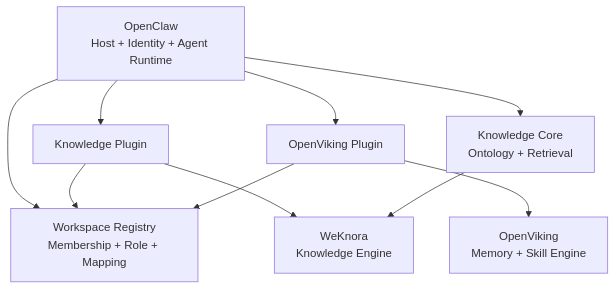
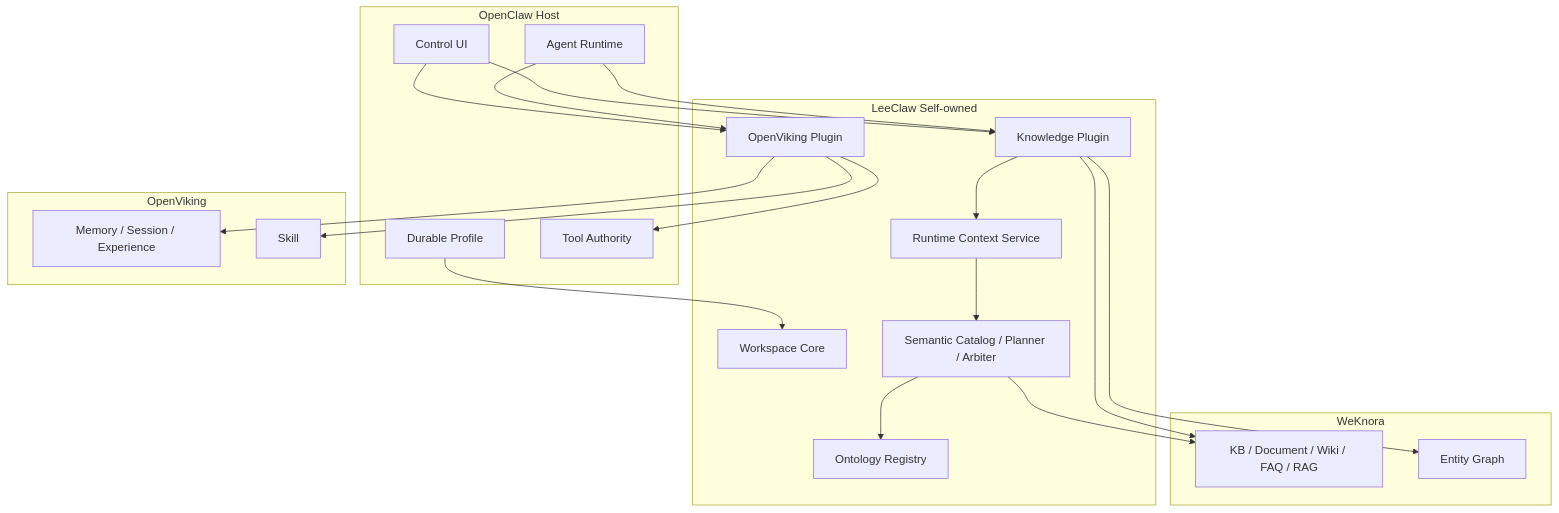
The diagram in cobra-knowledge/ARCHITECTURE.md (superbuzzy/Weknora-Semantica), drawn with Mermaid before and after one commit. The commit also changed other lines of this file and 54 other files, not shown here.

First line of the commit message:
LeeClaw v0.8 — Dynamic Skill + Knowledge Runtime

````diff
--- a/cobra-knowledge/ARCHITECTURE.md
+++ b/cobra-knowledge/ARCHITECTURE.md
@@ -14,20 +18,43 @@
 ```mermaid
 flowchart TB
-    OC[OpenClaw\nHost + Identity + Agent Runtime]
-    WR[Workspace Registry\nMembership + Role + Mapping]
-    KP[Knowledge Plugin]
-    OP[OpenViking Plugin]
-    WK[WeKnora\nKnowledge Engine]
-    OV[OpenViking\nMemory + Skill Engine]
-    KC[Knowledge Core\nOntology + Retrieval]
+    subgraph HOST[OpenClaw Host]
+      ID[Durable Profile]
+      AG[Agent Runtime]
+      AUTH[Tool Authority]
+      UI[Control UI]
+    end
 
-    OC --> WR
-    OC --> KP
-    OC --> OP
-    KP --> WR
-    OP --> WR
-    KP --> WK
-    OP --> OV
-    OC --> KC
-    KC --> WK
+    subgraph LEE[LeeClaw Self-owned]
+      WS[Workspace Core]
+      KPL[Knowledge Plugin]
+      OPL[OpenViking Plugin]
+      RC[Runtime Context Service]
+      RET[Semantic Catalog / Planner / Arbiter]
+      ONT[Ontology Registry]
+    end
+
+    subgraph WK[WeKnora]
+      KB[KB / Document / Wiki / FAQ / RAG]
+      EG[Entity Graph]
+    end
+
+    subgraph OV[OpenViking]
+      MEM[Memory / Session / Experience]
+      SK[Skill]
+    end
+
+    ID --> WS
+    UI --> KPL
+    UI --> OPL
+    AG --> OPL
+    OPL --> MEM
+    OPL --> SK
+    OPL --> AUTH
+    AG --> KPL
+    KPL --> RC
+    RC --> RET
+    RET --> KB
+    RET --> ONT
+    KPL --> KB
+    KPL --> EG
 ```
````
